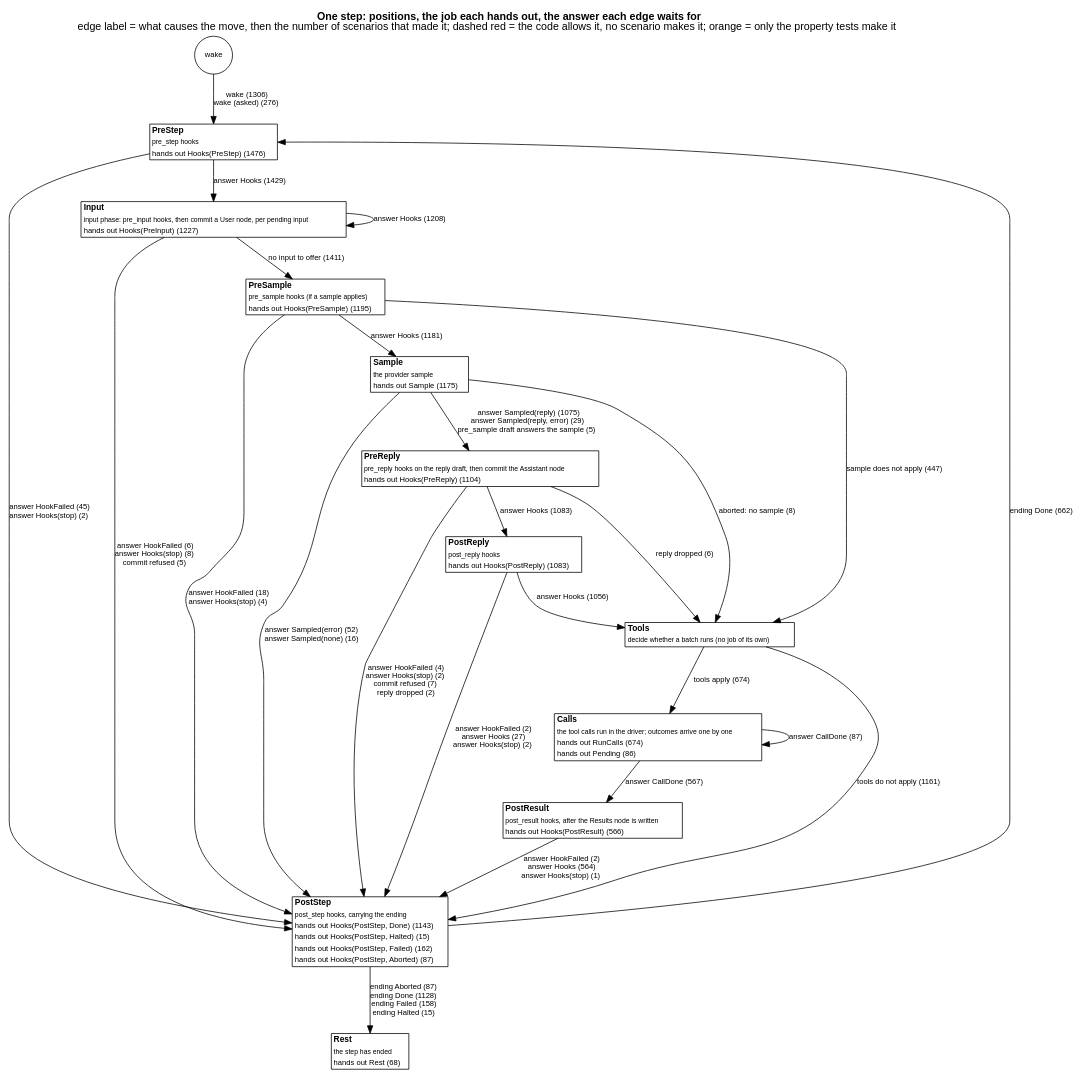
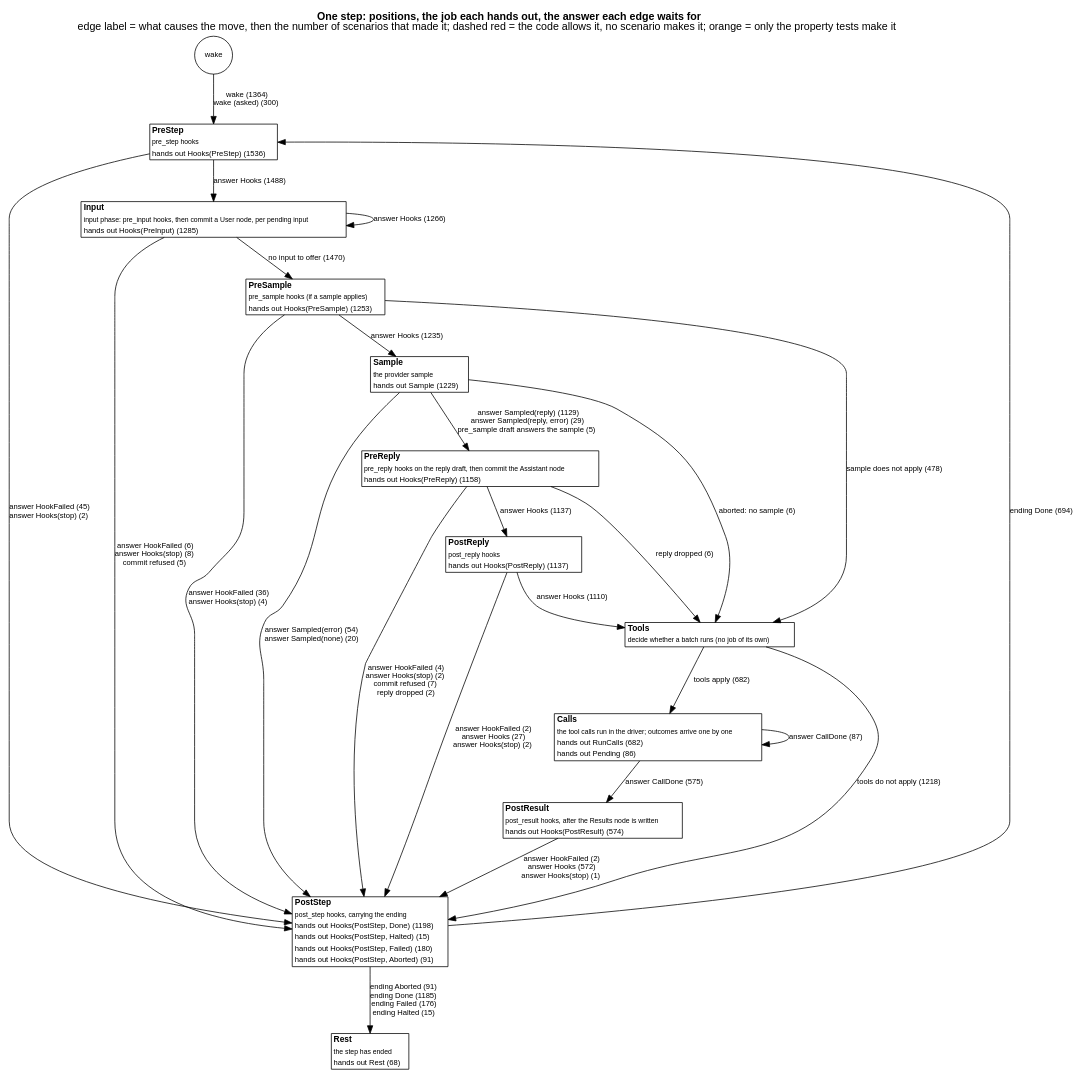
One commit to jmccardle/tau changed the diagram in docs/as-built/diagrams/step-positions.dot. Above: the diagram before and after it, drawn with Graphviz. The commit also changed 5 other files, not shown here.

First line of the commit message:
Regenerate docs and diagrams after the fix-tokens merge

```diff
--- a/docs/as-built/diagrams/step-positions.dot
+++ b/docs/as-built/diagrams/step-positions.dot
@@ -1,42 +1,42 @@
 // Generated by scripts/diagrams.sh from the test suites' transitions. Do not edit.
 digraph step_positions {
   graph [rankdir=TB, fontname="Helvetica", nodesep=0.5, ranksep=0.6, labelloc=t, label=<<b>One step: positions, the job each hands out, the answer each edge waits for</b><br/>edge label = what causes the move, then the number of scenarios that made it; dashed red = the code allows it, no scenario makes it; orange = only the property tests make it>];
   node [shape=plain, fontname="Helvetica", fontsize=11];
   edge [fontname="Helvetica", fontsize=10];
   "(wake)" [shape=circle, label="wake", fontsize=10];
-  "PreStep" [label=<<table border="1" cellborder="0" cellspacing="0" bgcolor="white"><tr><td align="left"><b>PreStep</b></td></tr><tr><td align="left"><font point-size="9">pre_step hooks</font></td></tr><tr><td align="left"><font color="black" point-size="10">hands out Hooks(PreStep) (1476)</font></td></tr></table>>];
-  "Input" [label=<<table border="1" cellborder="0" cellspacing="0" bgcolor="white"><tr><td align="left"><b>Input</b></td></tr><tr><td align="left"><font point-size="9">input phase: pre_input hooks, then commit a User node, per pending input</font></td></tr><tr><td align="left"><font color="black" point-size="10">hands out Hooks(PreInput) (1227)</font></td></tr></table>>];
-  "PreSample" [label=<<table border="1" cellborder="0" cellspacing="0" bgcolor="white"><tr><td align="left"><b>PreSample</b></td></tr><tr><td align="left"><font point-size="9">pre_sample hooks (if a sample applies)</font></td></tr><tr><td align="left"><font color="black" point-size="10">hands out Hooks(PreSample) (1195)</font></td></tr></table>>];
-  "Sample" [label=<<table border="1" cellborder="0" cellspacing="0" bgcolor="white"><tr><td align="left"><b>Sample</b></td></tr><tr><td align="left"><font point-size="9">the provider sample</font></td></tr><tr><td align="left"><font color="black" point-size="10">hands out Sample (1175)</font></td></tr></table>>];
-  "PreReply" [label=<<table border="1" cellborder="0" cellspacing="0" bgcolor="white"><tr><td align="left"><b>PreReply</b></td></tr><tr><td align="left"><font point-size="9">pre_reply hooks on the reply draft, then commit the Assistant node</font></td></tr><tr><td align="left"><font color="black" point-size="10">hands out Hooks(PreReply) (1104)</font></td></tr></table>>];
-  "PostReply" [label=<<table border="1" cellborder="0" cellspacing="0" bgcolor="white"><tr><td align="left"><b>PostReply</b></td></tr><tr><td align="left"><font point-size="9">post_reply hooks</font></td></tr><tr><td align="left"><font color="black" point-size="10">hands out Hooks(PostReply) (1083)</font></td></tr></table>>];
+  "PreStep" [label=<<table border="1" cellborder="0" cellspacing="0" bgcolor="white"><tr><td align="left"><b>PreStep</b></td></tr><tr><td align="left"><font point-size="9">pre_step hooks</font></td></tr><tr><td align="left"><font color="black" point-size="10">hands out Hooks(PreStep) (1536)</font></td></tr></table>>];
+  "Input" [label=<<table border="1" cellborder="0" cellspacing="0" bgcolor="white"><tr><td align="left"><b>Input</b></td></tr><tr><td align="left"><font point-size="9">input phase: pre_input hooks, then commit a User node, per pending input</font></td></tr><tr><td align="left"><font color="black" point-size="10">hands out Hooks(PreInput) (1285)</font></td></tr></table>>];
+  "PreSample" [label=<<table border="1" cellborder="0" cellspacing="0" bgcolor="white"><tr><td align="left"><b>PreSample</b></td></tr><tr><td align="left"><font point-size="9">pre_sample hooks (if a sample applies)</font></td></tr><tr><td align="left"><font color="black" point-size="10">hands out Hooks(PreSample) (1253)</font></td></tr></table>>];
+  "Sample" [label=<<table border="1" cellborder="0" cellspacing="0" bgcolor="white"><tr><td align="left"><b>Sample</b></td></tr><tr><td align="left"><font point-size="9">the provider sample</font></td></tr><tr><td align="left"><font color="black" point-size="10">hands out Sample (1229)</font></td></tr></table>>];
+  "PreReply" [label=<<table border="1" cellborder="0" cellspacing="0" bgcolor="white"><tr><td align="left"><b>PreReply</b></td></tr><tr><td align="left"><font point-size="9">pre_reply hooks on the reply draft, then commit the Assistant node</font></td></tr><tr><td align="left"><font color="black" point-size="10">hands out Hooks(PreReply) (1158)</font></td></tr></table>>];
+  "PostReply" [label=<<table border="1" cellborder="0" cellspacing="0" bgcolor="white"><tr><td align="left"><b>PostReply</b></td></tr><tr><td align="left"><font point-size="9">post_reply hooks</font></td></tr><tr><td align="left"><font color="black" point-size="10">hands out Hooks(PostReply) (1137)</font></td></tr></table>>];
   "Tools" [label=<<table border="1" cellborder="0" cellspacing="0" bgcolor="white"><tr><td align="left"><b>Tools</b></td></tr><tr><td align="left"><font point-size="9">decide whether a batch runs (no job of its own)</font></td></tr></table>>];
-  "Calls" [label=<<table border="1" cellborder="0" cellspacing="0" bgcolor="white"><tr><td align="left"><b>Calls</b></td></tr><tr><td align="left"><font point-size="9">the tool calls run in the driver; outcomes arrive one by one</font></td></tr><tr><td align="left"><font color="black" point-size="10">hands out RunCalls (674)</font></td></tr><tr><td align="left"><font color="black" point-size="10">hands out Pending (86)</font></td></tr></table>>];
-  "PostResult" [label=<<table border="1" cellborder="0" cellspacing="0" bgcolor="white"><tr><td align="left"><b>PostResult</b></td></tr><tr><td align="left"><font point-size="9">post_result hooks, after the Results node is written</font></td></tr><tr><td align="left"><font color="black" point-size="10">hands out Hooks(PostResult) (566)</font></td></tr></table>>];
-  "PostStep" [label=<<table border="1" cellborder="0" cellspacing="0" bgcolor="white"><tr><td align="left"><b>PostStep</b></td></tr><tr><td align="left"><font point-size="9">post_step hooks, carrying the ending</font></td></tr><tr><td align="left"><font color="black" point-size="10">hands out Hooks(PostStep, Done) (1143)</font></td></tr><tr><td align="left"><font color="black" point-size="10">hands out Hooks(PostStep, Halted) (15)</font></td></tr><tr><td align="left"><font color="black" point-size="10">hands out Hooks(PostStep, Failed) (162)</font></td></tr><tr><td align="left"><font color="black" point-size="10">hands out Hooks(PostStep, Aborted) (87)</font></td></tr></table>>];
+  "Calls" [label=<<table border="1" cellborder="0" cellspacing="0" bgcolor="white"><tr><td align="left"><b>Calls</b></td></tr><tr><td align="left"><font point-size="9">the tool calls run in the driver; outcomes arrive one by one</font></td></tr><tr><td align="left"><font color="black" point-size="10">hands out RunCalls (682)</font></td></tr><tr><td align="left"><font color="black" point-size="10">hands out Pending (86)</font></td></tr></table>>];
+  "PostResult" [label=<<table border="1" cellborder="0" cellspacing="0" bgcolor="white"><tr><td align="left"><b>PostResult</b></td></tr><tr><td align="left"><font point-size="9">post_result hooks, after the Results node is written</font></td></tr><tr><td align="left"><font color="black" point-size="10">hands out Hooks(PostResult) (574)</font></td></tr></table>>];
+  "PostStep" [label=<<table border="1" cellborder="0" cellspacing="0" bgcolor="white"><tr><td align="left"><b>PostStep</b></td></tr><tr><td align="left"><font point-size="9">post_step hooks, carrying the ending</font></td></tr><tr><td align="left"><font color="black" point-size="10">hands out Hooks(PostStep, Done) (1198)</font></td></tr><tr><td align="left"><font color="black" point-size="10">hands out Hooks(PostStep, Halted) (15)</font></td></tr><tr><td align="left"><font color="black" point-size="10">hands out Hooks(PostStep, Failed) (180)</font></td></tr><tr><td align="left"><font color="black" point-size="10">hands out Hooks(PostStep, Aborted) (91)</font></td></tr></table>>];
   "Rest" [label=<<table border="1" cellborder="0" cellspacing="0" bgcolor="white"><tr><td align="left"><b>Rest</b></td></tr><tr><td align="left"><font point-size="9">the step has ended</font></td></tr><tr><td align="left"><font color="black" point-size="10">hands out Rest (68)</font></td></tr></table>>];
-  "(wake)" -> "PreStep" [label=<wake (1306)<br/>wake (asked) (276)>, color="black", style=solid];
+  "(wake)" -> "PreStep" [label=<wake (1364)<br/>wake (asked) (300)>, color="black", style=solid];
   "Calls" -> "Calls" [label=<answer CallDone (87)>, color="black", style=solid];
-  "Calls" -> "PostResult" [label=<answer CallDone (567)>, color="black", style=solid];
-  "Input" -> "Input" [label=<answer Hooks (1208)>, color="black", style=solid];
+  "Calls" -> "PostResult" [label=<answer CallDone (575)>, color="black", style=solid];
+  "Input" -> "Input" [label=<answer Hooks (1266)>, color="black", style=solid];
   "Input" -> "PostStep" [label=<answer HookFailed (6)<br/>answer Hooks(stop) (8)<br/>commit refused (5)>, color="black", style=solid];
-  "Input" -> "PreSample" [label=<no input to offer (1411)>, color="black", style=solid];
+  "Input" -> "PreSample" [label=<no input to offer (1470)>, color="black", style=solid];
   "PostReply" -> "PostStep" [label=<answer HookFailed (2)<br/>answer Hooks (27)<br/>answer Hooks(stop) (2)>, color="black", style=solid];
-  "PostReply" -> "Tools" [label=<answer Hooks (1056)>, color="black", style=solid];
-  "PostResult" -> "PostStep" [label=<answer HookFailed (2)<br/>answer Hooks (564)<br/>answer Hooks(stop) (1)>, color="black", style=solid];
-  "PostStep" -> "PreStep" [label=<ending Done (662)>, color="black", style=solid];
-  "PostStep" -> "Rest" [label=<ending Aborted (87)<br/>ending Done (1128)<br/>ending Failed (158)<br/>ending Halted (15)>, color="black", style=solid];
-  "PreReply" -> "PostReply" [label=<answer Hooks (1083)>, color="black", style=solid];
+  "PostReply" -> "Tools" [label=<answer Hooks (1110)>, color="black", style=solid];
+  "PostResult" -> "PostStep" [label=<answer HookFailed (2)<br/>answer Hooks (572)<br/>answer Hooks(stop) (1)>, color="black", style=solid];
+  "PostStep" -> "PreStep" [label=<ending Done (694)>, color="black", style=solid];
+  "PostStep" -> "Rest" [label=<ending Aborted (91)<br/>ending Done (1185)<br/>ending Failed (176)<br/>ending Halted (15)>, color="black", style=solid];
+  "PreReply" -> "PostReply" [label=<answer Hooks (1137)>, color="black", style=solid];
   "PreReply" -> "PostStep" [label=<answer HookFailed (4)<br/>answer Hooks(stop) (2)<br/>commit refused (7)<br/>reply dropped (2)>, color="black", style=solid];
   "PreReply" -> "Tools" [label=<reply dropped (6)>, color="black", style=solid];
-  "PreSample" -> "PostStep" [label=<answer HookFailed (18)<br/>answer Hooks(stop) (4)>, color="black", style=solid];
-  "PreSample" -> "Sample" [label=<answer Hooks (1181)>, color="black", style=solid];
-  "PreSample" -> "Tools" [label=<sample does not apply (447)>, color="black", style=solid];
-  "PreStep" -> "Input" [label=<answer Hooks (1429)>, color="black", style=solid];
+  "PreSample" -> "PostStep" [label=<answer HookFailed (36)<br/>answer Hooks(stop) (4)>, color="black", style=solid];
+  "PreSample" -> "Sample" [label=<answer Hooks (1235)>, color="black", style=solid];
+  "PreSample" -> "Tools" [label=<sample does not apply (478)>, color="black", style=solid];
+  "PreStep" -> "Input" [label=<answer Hooks (1488)>, color="black", style=solid];
   "PreStep" -> "PostStep" [label=<answer HookFailed (45)<br/>answer Hooks(stop) (2)>, color="black", style=solid];
-  "Sample" -> "PostStep" [label=<answer Sampled(error) (52)<br/>answer Sampled(none) (16)>, color="black", style=solid];
-  "Sample" -> "PreReply" [label=<answer Sampled(reply) (1075)<br/>answer Sampled(reply, error) (29)<br/>pre_sample draft answers the sample (5)>, color="black", style=solid];
-  "Sample" -> "Tools" [label=<aborted: no sample (8)>, color="black", style=solid];
-  "Tools" -> "Calls" [label=<tools apply (674)>, color="black", style=solid];
-  "Tools" -> "PostStep" [label=<tools do not apply (1161)>, color="black", style=solid];
+  "Sample" -> "PostStep" [label=<answer Sampled(error) (54)<br/>answer Sampled(none) (20)>, color="black", style=solid];
+  "Sample" -> "PreReply" [label=<answer Sampled(reply) (1129)<br/>answer Sampled(reply, error) (29)<br/>pre_sample draft answers the sample (5)>, color="black", style=solid];
+  "Sample" -> "Tools" [label=<aborted: no sample (6)>, color="black", style=solid];
+  "Tools" -> "Calls" [label=<tools apply (682)>, color="black", style=solid];
+  "Tools" -> "PostStep" [label=<tools do not apply (1218)>, color="black", style=solid];
 }
```
